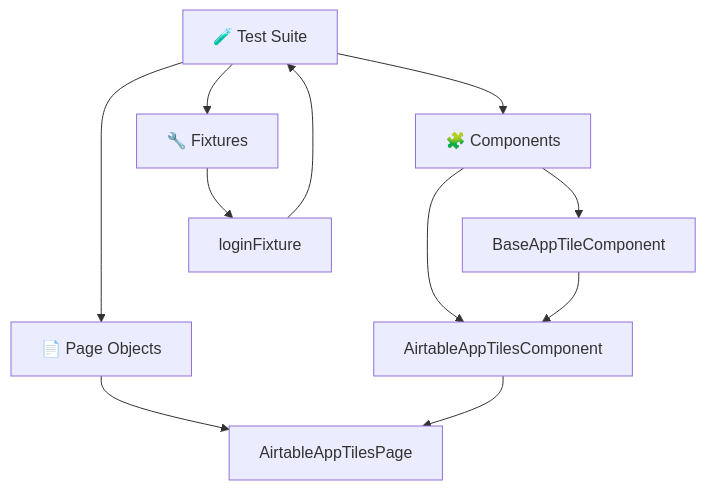
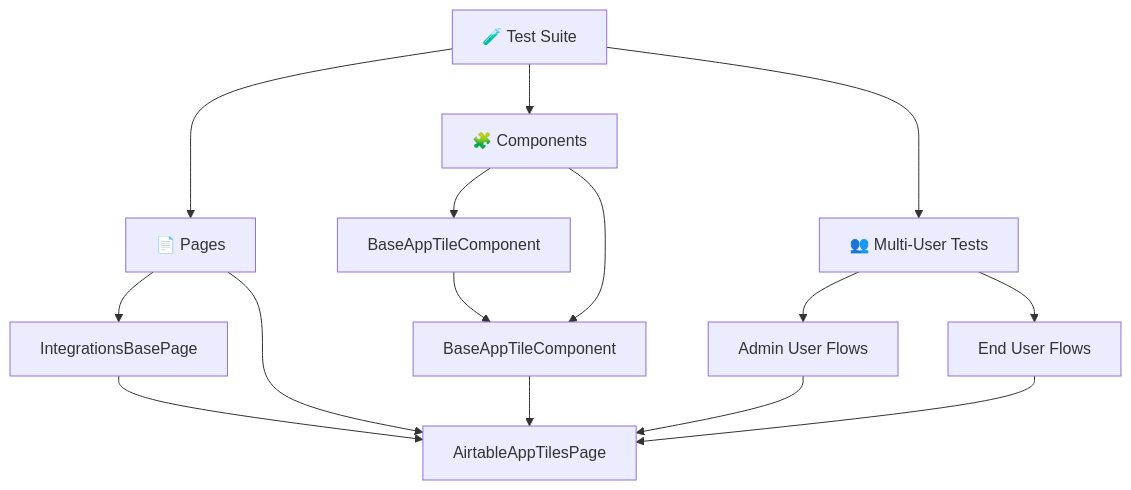
The diagram in src/modules/integrations/README.md (krishna778062/playwrightlastcode), drawn with Mermaid before and after one commit. The commit also changed other lines of this file and 25 other files, not shown here.

````diff
--- a/src/modules/integrations/README.md
+++ b/src/modules/integrations/README.md
@@ -86,15 +96,19 @@
 ```mermaid
 graph TD
-    A[🧪 Test Suite] --> B[📄 Page Objects]
+    A[🧪 Test Suite] --> B[📄 Pages]
     A --> C[🧩 Components]
-    A --> D[🔧 Fixtures]
+    A --> D[👥 Multi-User Tests]
 
+    B --> I[IntegrationsBasePage]
     B --> E[AirtableAppTilesPage]
     C --> F[BaseAppTileComponent]
-    C --> G[AirtableAppTilesComponent]
-    D --> H[loginFixture]
+    C --> G[BaseAppTileComponent]
+    D --> H[Admin User Flows]
+    D --> J[End User Flows]
 
     F --> G
     G --> E
-    H --> A
+    I --> E
+    H --> E
+    J --> E
 ```
````
